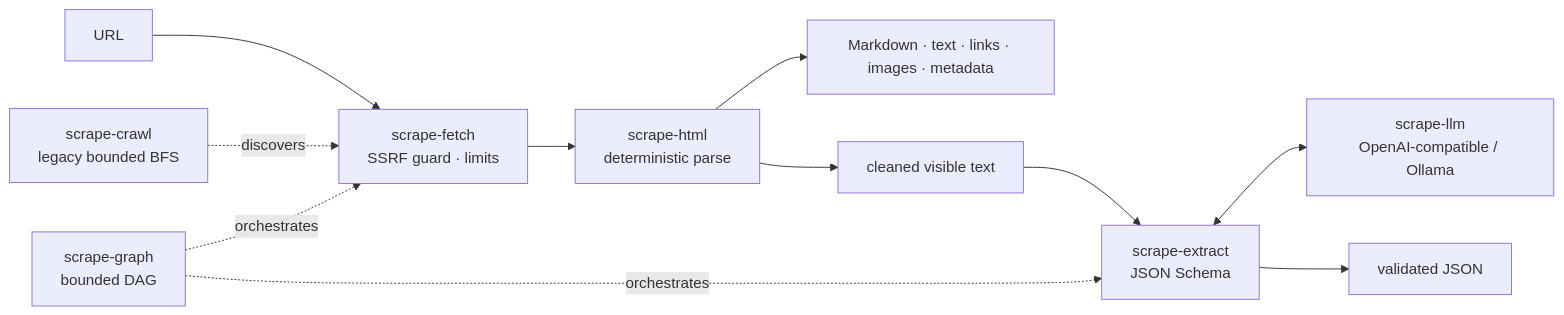
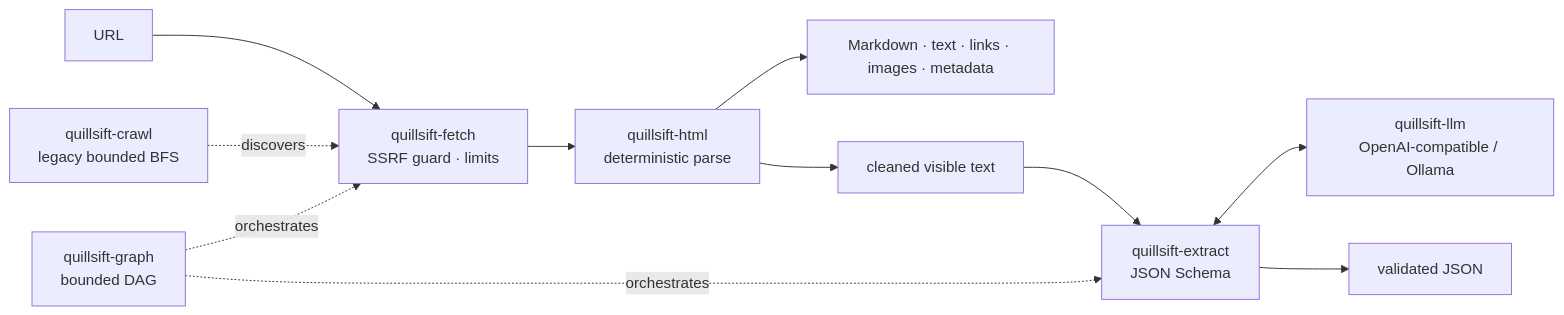
The diagram in README.md (Mullassery/QuillSift), drawn with Mermaid before and after one commit. The commit also changed other lines of this file and 123 other files, not shown here.

````diff
--- a/README.md
+++ b/README.md
@@ -213,13 +217,13 @@
 ```mermaid
 flowchart LR
-    URL[URL] --> Fetch["scrape-fetch<br/>SSRF guard · limits"]
-    Fetch --> HTML["scrape-html<br/>deterministic parse"]
+    URL[URL] --> Fetch["quillsift-fetch<br/>SSRF guard · limits"]
+    Fetch --> HTML["quillsift-html<br/>deterministic parse"]
     HTML --> Out["Markdown · text · links · images · metadata"]
     HTML --> Text["cleaned visible text"]
-    Crawl["scrape-crawl<br/>legacy bounded BFS"] -. discovers .-> Fetch
-    Text --> Extract["scrape-extract<br/>JSON Schema"]
-    Extract <--> LLM["scrape-llm<br/>OpenAI-compatible / Ollama"]
+    Crawl["quillsift-crawl<br/>legacy bounded BFS"] -. discovers .-> Fetch
+    Text --> Extract["quillsift-extract<br/>JSON Schema"]
+    Extract <--> LLM["quillsift-llm<br/>OpenAI-compatible / Ollama"]
     Extract --> JSON["validated JSON"]
-    Graph["scrape-graph<br/>bounded DAG"] -. orchestrates .-> Fetch
+    Graph["quillsift-graph<br/>bounded DAG"] -. orchestrates .-> Fetch
     Graph -. orchestrates .-> Extract
 ```
````
